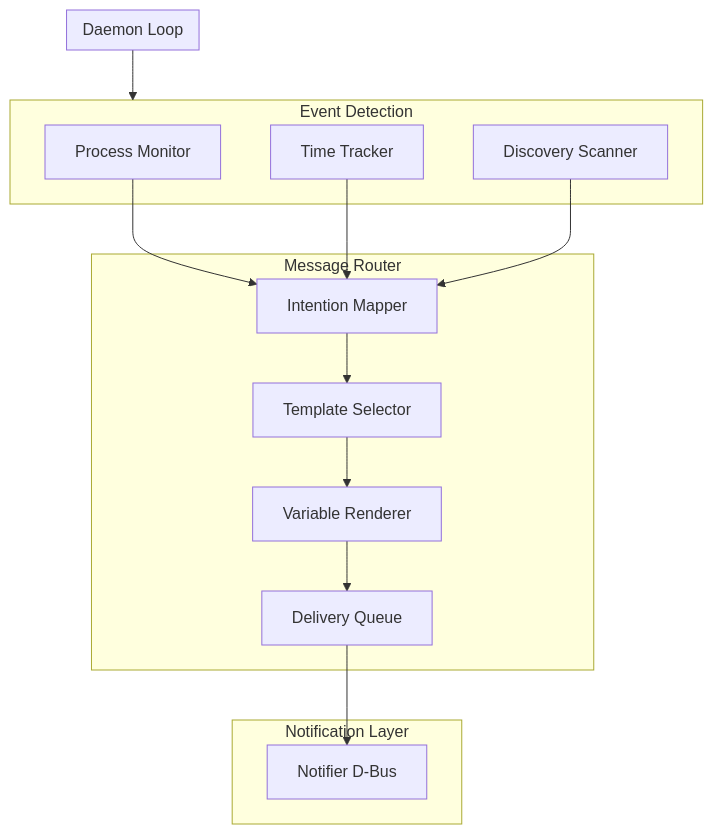
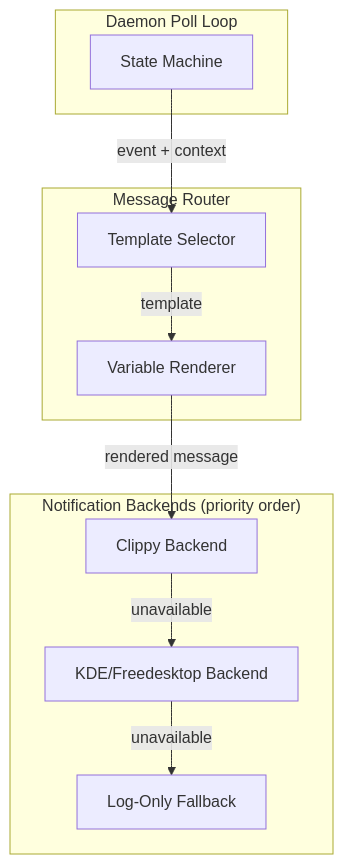
Before and after one commit to aaronsb/playtimed: the first of 4 diagrams in docs/message-router-design.md, drawn with Mermaid. The commit also changed other lines of this file, not shown here.

First line of the commit message:
docs: Address review feedback - simplify architecture

````diff
--- a/docs/message-router-design.md
+++ b/docs/message-router-design.md
@@ -24,32 +33,23 @@
 ```mermaid
 flowchart TB
-    subgraph Daemon["Daemon Loop"]
-        direction TB
-    end
-
-    subgraph Detection["Event Detection"]
-        PM[Process Monitor]
-        TT[Time Tracker]
-        DS[Discovery Scanner]
+    subgraph Daemon["Daemon Poll Loop"]
+        SM[State Machine]
     end
 
     subgraph Router["Message Router"]
-        IM[Intention Mapper]
         TS[Template Selector]
         VR[Variable Renderer]
-        DQ[Delivery Queue]
     end
 
-    subgraph Notify["Notification Layer"]
-        NF[Notifier D-Bus]
+    subgraph Backends["Notification Backends (priority order)"]
+        CP[Clippy Backend]
+        KDE[KDE/Freedesktop Backend]
+        LOG[Log-Only Fallback]
     end
 
-    Daemon --> Detection
-    PM --> IM
-    TT --> IM
-    DS --> IM
-    IM --> TS
-    TS --> VR
-    VR --> DQ
-    DQ --> NF
+    SM -->|"event + context"| TS
+    TS -->|"template"| VR
+    VR -->|"rendered message"| CP
+    CP -->|"unavailable"| KDE
+    KDE -->|"unavailable"| LOG
 ```
````
